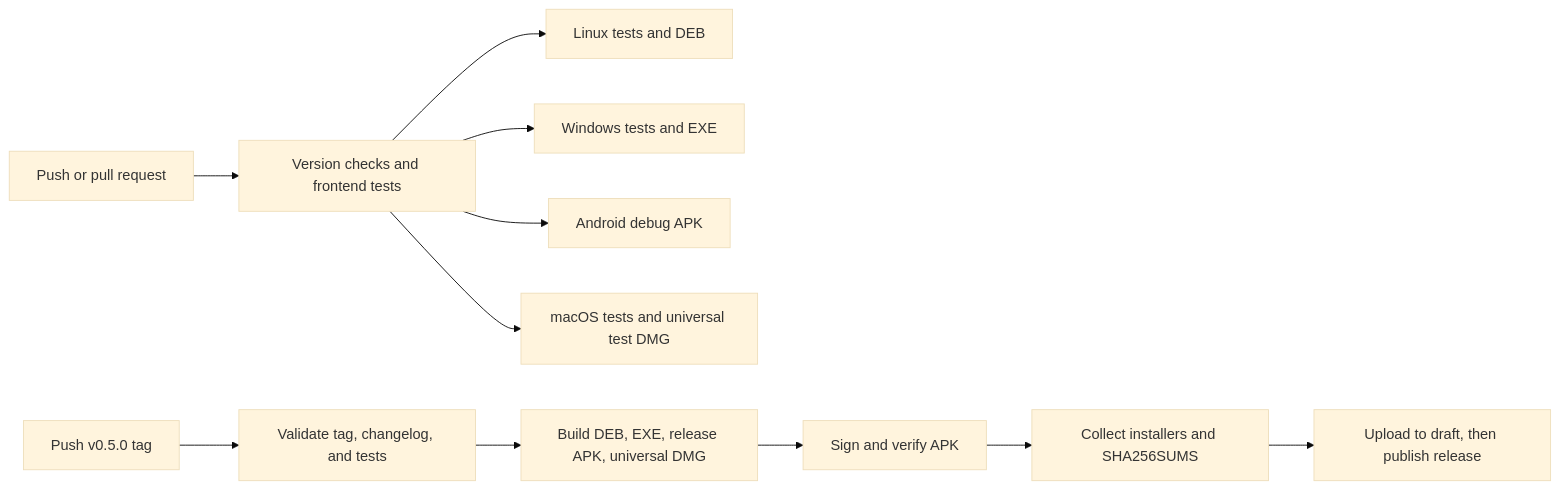
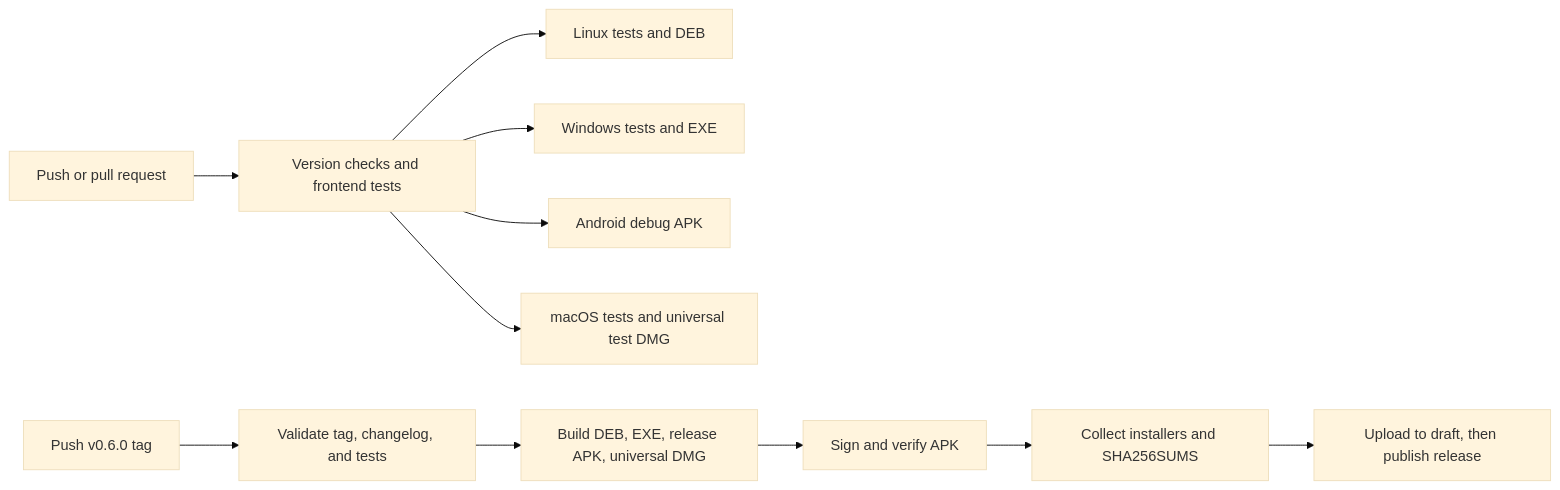
Before and after one commit to shahabbai/PulseDrop: the diagram in docs/github-releases.md, drawn with Mermaid (base theme). The commit also changed other lines of this file and 15 other files, not shown here.

````diff
--- a/docs/github-releases.md
+++ b/docs/github-releases.md
@@ -9,13 +9,13 @@
 ```mermaid
 flowchart LR
     A[Push or pull request] --> B[Version checks and frontend tests]
     B --> C[Linux tests and DEB]
     B --> D[Windows tests and EXE]
     B --> E[Android debug APK]
     B --> M[macOS tests and universal test DMG]
-    F[Push v0.5.0 tag] --> G[Validate tag, changelog, and tests]
+    F[Push v0.6.0 tag] --> G[Validate tag, changelog, and tests]
     G --> H[Build DEB, EXE, release APK, universal DMG]
     H --> I[Sign and verify APK]
     I --> J[Collect installers and SHA256SUMS]
     J --> K[Upload to draft, then publish release]
 ```
````
